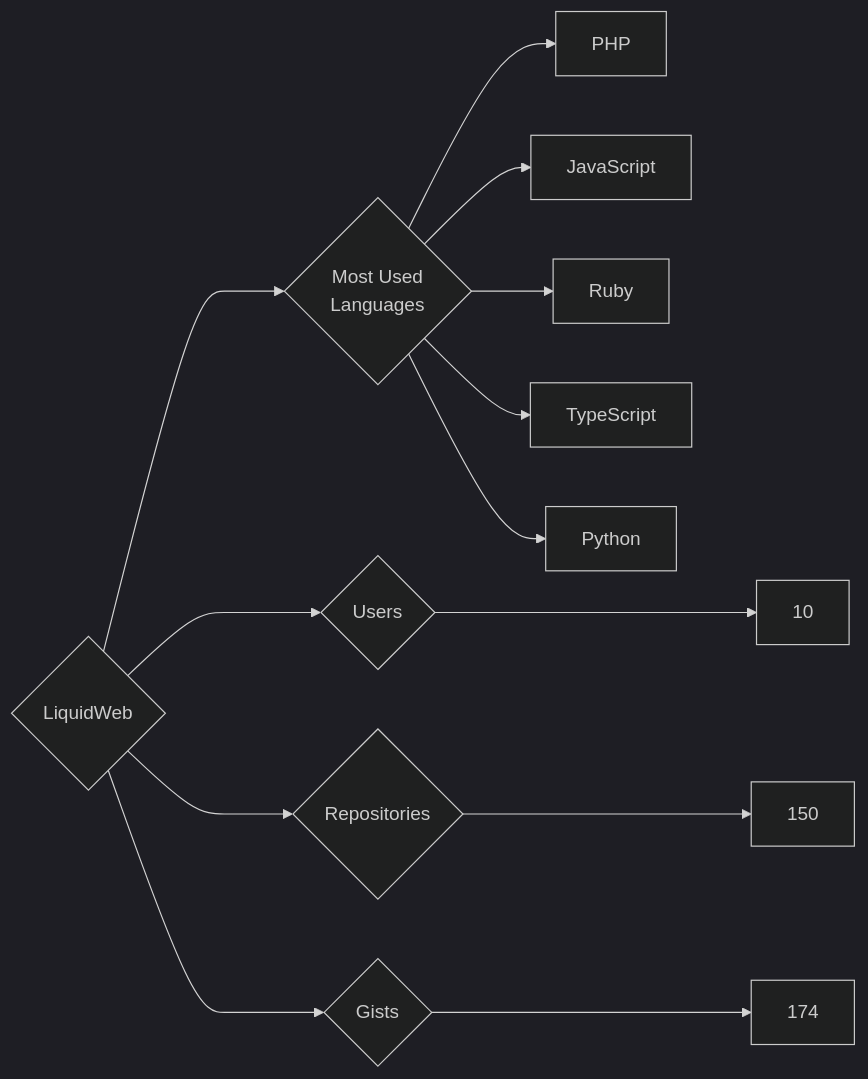
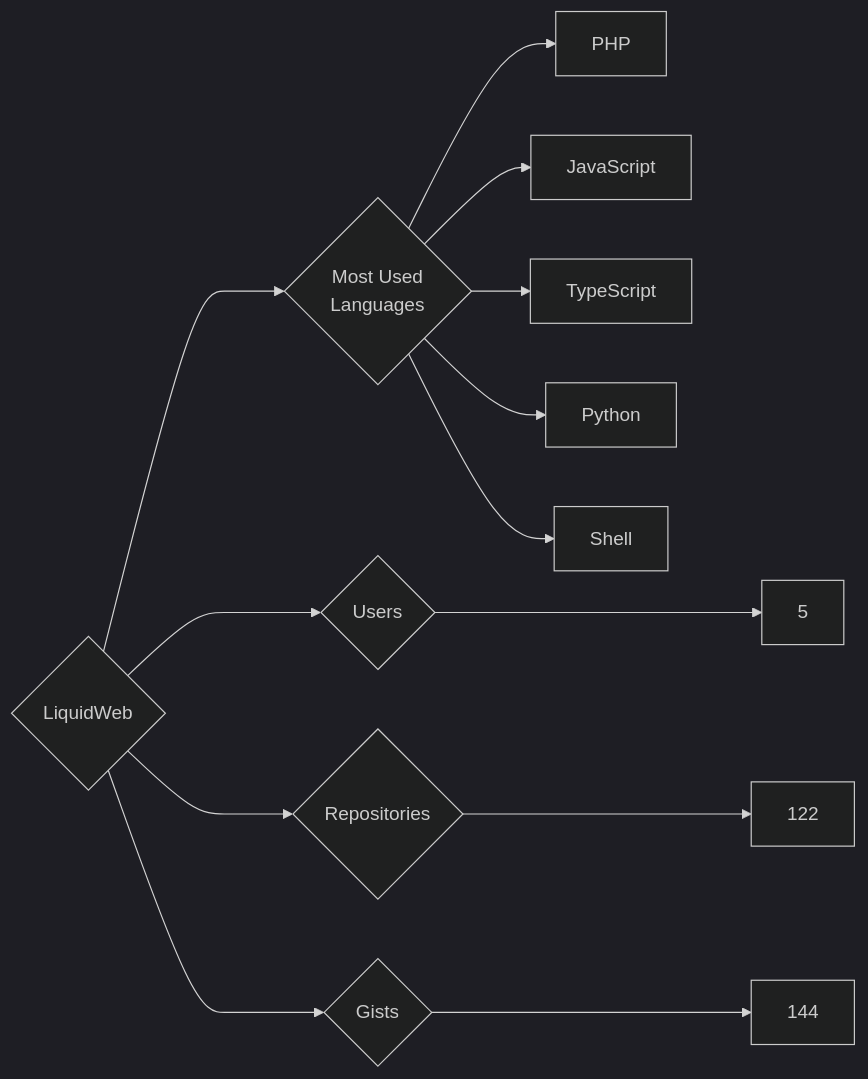
The diagram in targets/LiquidWeb/README.md (trickest/insiders), drawn with Mermaid (dark theme) before and after one commit. The commit also changed 877 other files, not shown here.

````diff
--- a/targets/LiquidWeb/README.md
+++ b/targets/LiquidWeb/README.md
@@ -3,13 +3,13 @@
 ```mermaid
 graph LR
 COMPANY_NAME{LiquidWeb}
-COMPANY_NAME ---> U{Users} ---> UN[10]
-COMPANY_NAME ---> R{Repositories} ---> RN[150]
-COMPANY_NAME ---> G{Gists} ---> GN[174]
+COMPANY_NAME ---> U{Users} ---> UN[5]
+COMPANY_NAME ---> R{Repositories} ---> RN[122]
+COMPANY_NAME ---> G{Gists} ---> GN[144]
 COMPANY_NAME ---> ML{Most Used<br>Languages}
 ML --> PHP[PHP]
 ML --> JavaScript[JavaScript]
-ML --> Ruby[Ruby]
 ML --> TypeScript[TypeScript]
 ML --> Python[Python]
+ML --> Shell[Shell]
 ```
````
